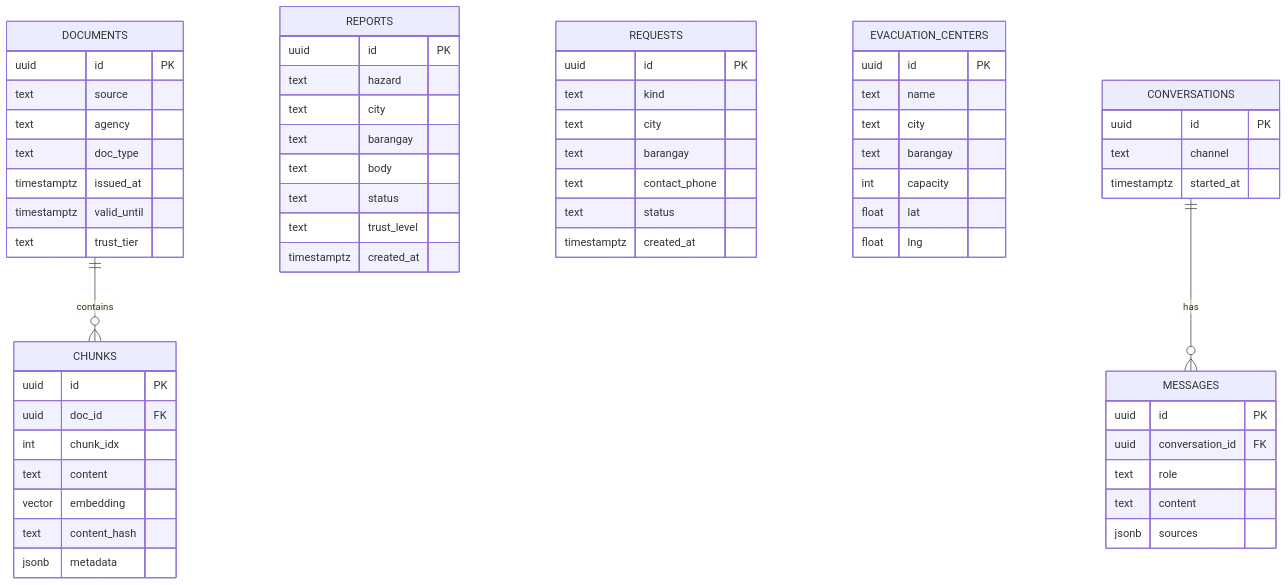
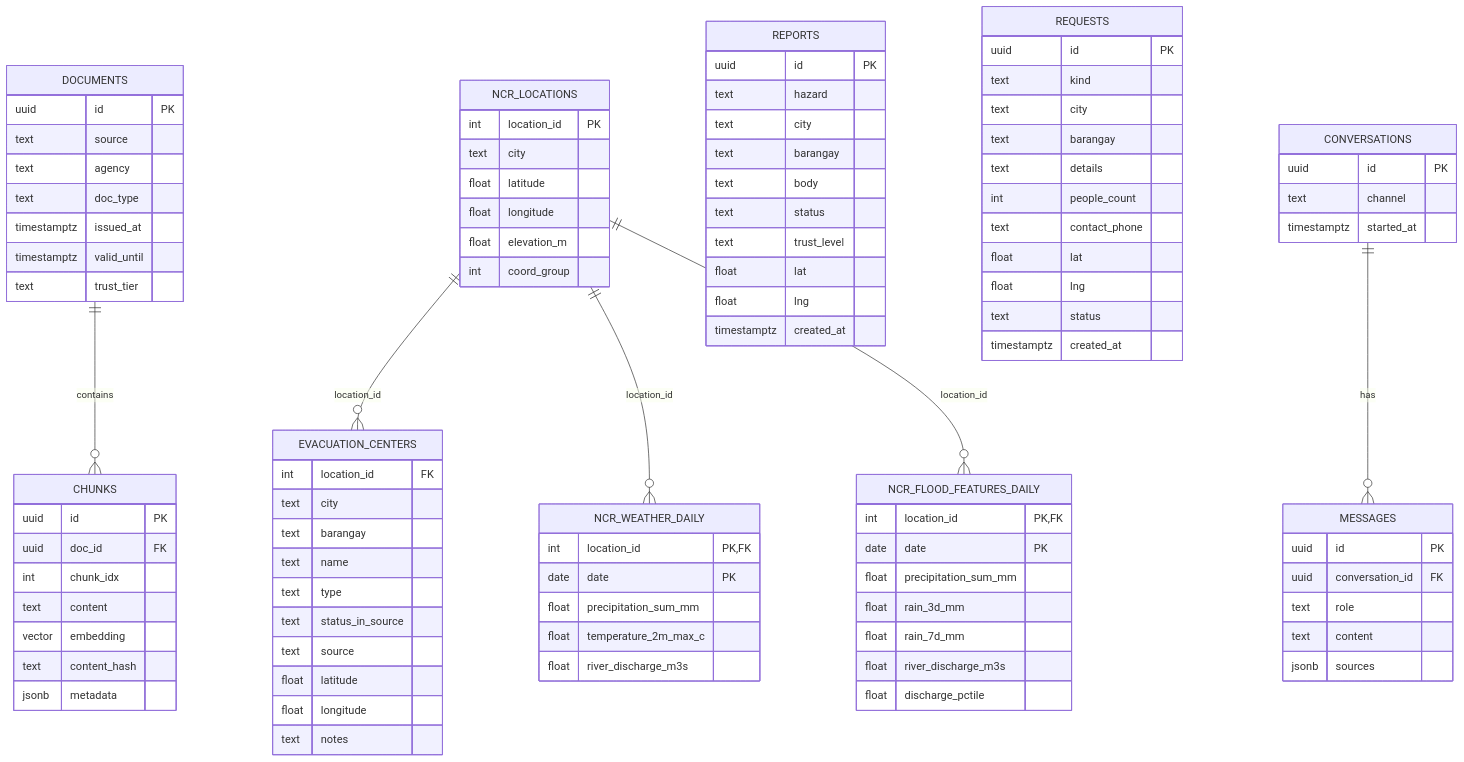
One commit to kennethmedes28/AI-Mihan changed the third of 4 diagrams in docs/backend_architecture.md. Above: the diagram before and after it, drawn with Mermaid. The commit also changed other lines of this file and 18 other files, not shown here.

```diff
--- a/docs/backend_architecture.md
+++ b/docs/backend_architecture.md
@@ -182,6 +190,45 @@
         text content_hash
         jsonb metadata
     }
+    NCR_LOCATIONS ||--o{ EVACUATION_CENTERS : "location_id"
+    NCR_LOCATIONS ||--o{ NCR_WEATHER_DAILY : "location_id"
+    NCR_LOCATIONS ||--o{ NCR_FLOOD_FEATURES_DAILY : "location_id"
+    NCR_LOCATIONS {
+        int location_id PK
+        text city
+        float latitude
+        float longitude
+        float elevation_m
+        int coord_group
+    }
+    EVACUATION_CENTERS {
+        int location_id FK
+        text city
+        text barangay
+        text name
+        text type
+        text status_in_source
+        text source
+        float latitude
+        float longitude
+        text notes
+    }
+    NCR_WEATHER_DAILY {
+        int location_id PK, FK
+        date date PK
+        float precipitation_sum_mm
+        float temperature_2m_max_c
+        float river_discharge_m3s
+    }
+    NCR_FLOOD_FEATURES_DAILY {
+        int location_id PK, FK
+        date date PK
+        float precipitation_sum_mm
+        float rain_3d_mm
+        float rain_7d_mm
+        float river_discharge_m3s
+        float discharge_pctile
+    }
     REPORTS {
         uuid id PK
         text hazard
@@ -190,6 +237,8 @@
         text body
         text status
         text trust_level
+        float lat
+        float lng
         timestamptz created_at
     }
     REQUESTS {
@@ -197,18 +246,13 @@
         text kind
         text city
         text barangay
+        text details
+        int people_count
         text contact_phone
+        float lat
+        float lng
         text status
         timestamptz created_at
-    }
-    EVACUATION_CENTERS {
-        uuid id PK
-        text name
-        text city
-        text barangay
-        int capacity
-        float lat
-        float lng
     }
     CONVERSATIONS ||--o{ MESSAGES : has
     CONVERSATIONS {
```
